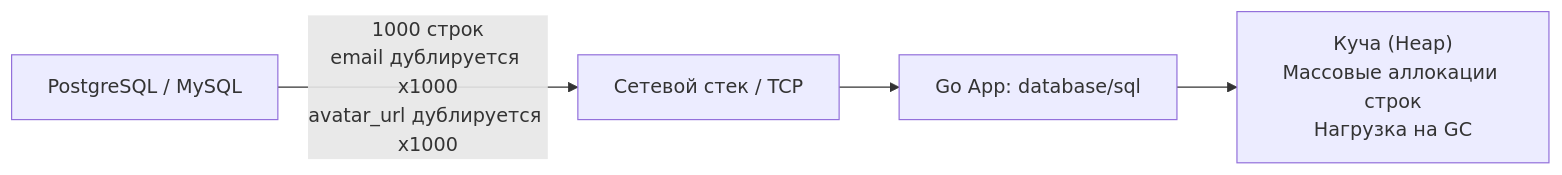
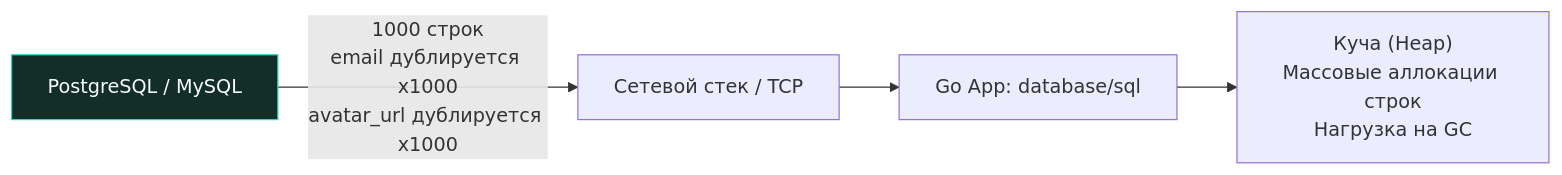
One commit to UnrealTemplier/go-textbook changed the third of 3 diagrams in sources/12. Базы данных/02. SQL базовый/6. JOIN. INNER, LEFT, RIGHT.md. Above: the diagram before and after it, drawn with Mermaid. The commit also changed other lines of this file and 1666 other files, not shown here.

First line of the commit message:
feat(mermaid): add semantic color classDef to 1369 colorless flowchart/graph diagrams

````diff
--- a/sources/12. Базы данных/02. SQL базовый/6. JOIN. INNER, LEFT, RIGHT.md
+++ b/sources/12. Базы данных/02. SQL базовый/6. JOIN. INNER, LEFT, RIGHT.md
@@ -155,6 +175,16 @@
 ```mermaid
 flowchart LR
-    DB["PostgreSQL / MySQL"] -->|"1000 строк<br>email дублируется x1000<br>avatar_url дублируется x1000"| Net["Сетевой стек / TCP"]
+    classDef process  fill:#1e293b,stroke:#38bdf8,stroke-width:1px,color:#f8fafc
+    classDef success  fill:#064e3b,stroke:#34d399,stroke-width:1px,color:#f8fafc
+    classDef error    fill:#7f1d1d,stroke:#f87171,stroke-width:1px,color:#f8fafc
+    classDef warning  fill:#78350f,stroke:#fbbf24,stroke-width:1px,color:#f8fafc
+    classDef entry    fill:#1e3a5f,stroke:#38bdf8,stroke-width:2px,color:#f8fafc
+    classDef aux      fill:#334155,stroke:#64748b,stroke-width:1px,color:#f8fafc
+    classDef system   fill:#312e81,stroke:#a78bfa,stroke-width:1px,color:#f8fafc
+    classDef data     fill:#132d29,stroke:#2dd4bf,stroke-width:1px,color:#f8fafc
+    classDef network  fill:#881337,stroke:#fb7185,stroke-width:1px,color:#f8fafc
+    classDef accent   fill:#1e1b4b,stroke:#818cf8,stroke-width:1px,color:#f8fafc
+    DB["PostgreSQL / MySQL"]:::data -->|"1000 строк<br>email дублируется x1000<br>avatar_url дублируется x1000"| Net["Сетевой стек / TCP"]
     Net --> Go["Go App: database/sql"]
     Go --> Heap["Куча (Heap)<br>Массовые аллокации строк<br>Нагрузка на GC"]
 ```
````
